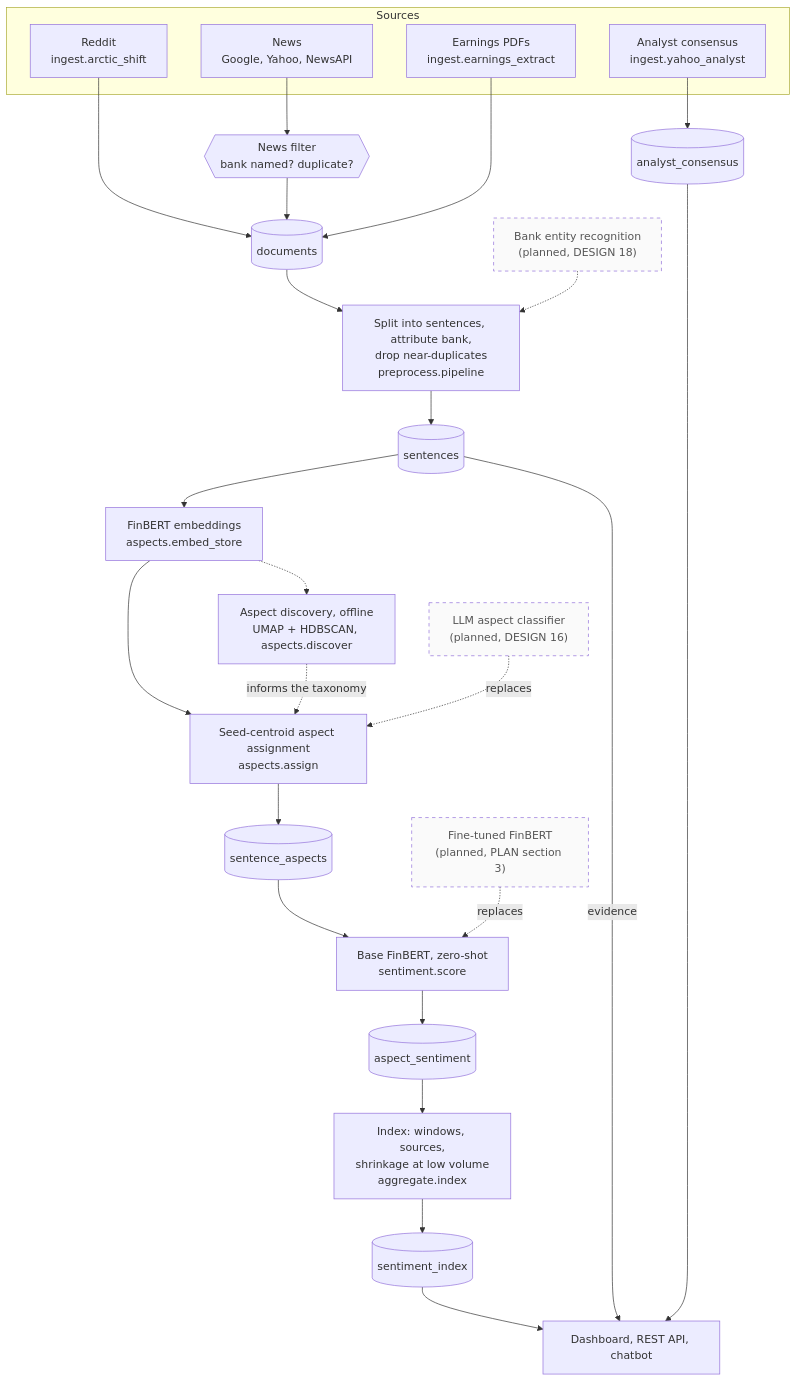
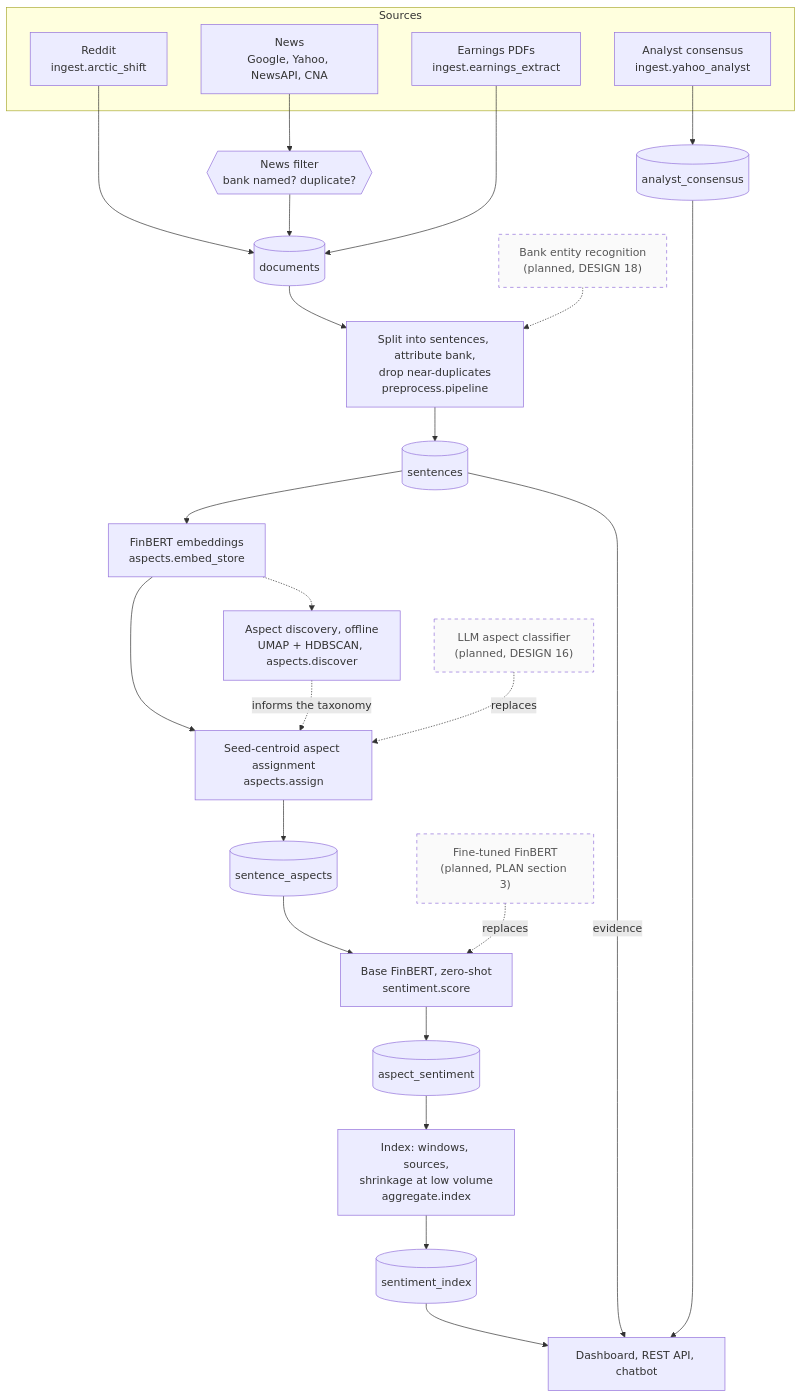
One commit to Gavingyh/plp-project changed the diagram in docs/diagrams/src/04-pipeline.mmd. Above: the diagram before and after it, drawn with Mermaid. The commit also changed 26 other files, not shown here.

First line of the commit message:
Document the CNA load and show CNA in the diagrams

```diff
--- a/docs/diagrams/src/04-pipeline.mmd
+++ b/docs/diagrams/src/04-pipeline.mmd
@@ -1,48 +1,48 @@
 flowchart TB
   accTitle: Processing pipeline
   accDescr: Sources are ingested into documents, split into sentences, embedded, tagged with aspects, scored and aggregated into an index that the dashboard, API and chatbot read. Planned replacements are dashed.
 
   subgraph src["Sources"]
     reddit["Reddit<br/>ingest.arctic_shift"]
-    news["News<br/>Google, Yahoo, NewsAPI"]
+    news["News<br/>Google, Yahoo, NewsAPI, CNA"]
     pdfs["Earnings PDFs<br/>ingest.earnings_extract"]
     cons["Analyst consensus<br/>ingest.yahoo_analyst"]
   end
 
   filt{{"News filter<br/>bank named? duplicate?"}}
   docs[("documents")]
   acons[("analyst_consensus")]
   prep["Split into sentences, attribute bank,<br/>drop near-duplicates<br/>preprocess.pipeline"]
   ner["Bank entity recognition<br/>(planned, DESIGN 18)"]
   sents[("sentences")]
   emb["FinBERT embeddings<br/>aspects.embed_store"]
   disc["Aspect discovery, offline<br/>UMAP + HDBSCAN, aspects.discover"]
   assign["Seed-centroid aspect assignment<br/>aspects.assign"]
   llm["LLM aspect classifier<br/>(planned, DESIGN 16)"]
   sa[("sentence_aspects")]
   score["Base FinBERT, zero-shot<br/>sentiment.score"]
   ft["Fine-tuned FinBERT<br/>(planned, PLAN section 3)"]
   as[("aspect_sentiment")]
   agg["Index: windows, sources,<br/>shrinkage at low volume<br/>aggregate.index"]
   idx[("sentiment_index")]
   ui["Dashboard, REST API, chatbot"]
 
   reddit --> docs
   news --> filt --> docs
   pdfs --> docs
   cons --> acons
   docs --> prep --> sents
   ner -.-> prep
   sents --> emb --> assign --> sa
   emb -.-> disc
   disc -. "informs the taxonomy" .-> assign
   llm -. "replaces" .-> assign
   sa --> score --> as
   ft -. "replaces" .-> score
   as --> agg --> idx
   idx --> ui
   sents -- "evidence" --> ui
   acons --> ui
 
   classDef planned stroke-dasharray: 5 5,color:#555,fill:#fafafa;
   class ner,llm,ft planned;
```
